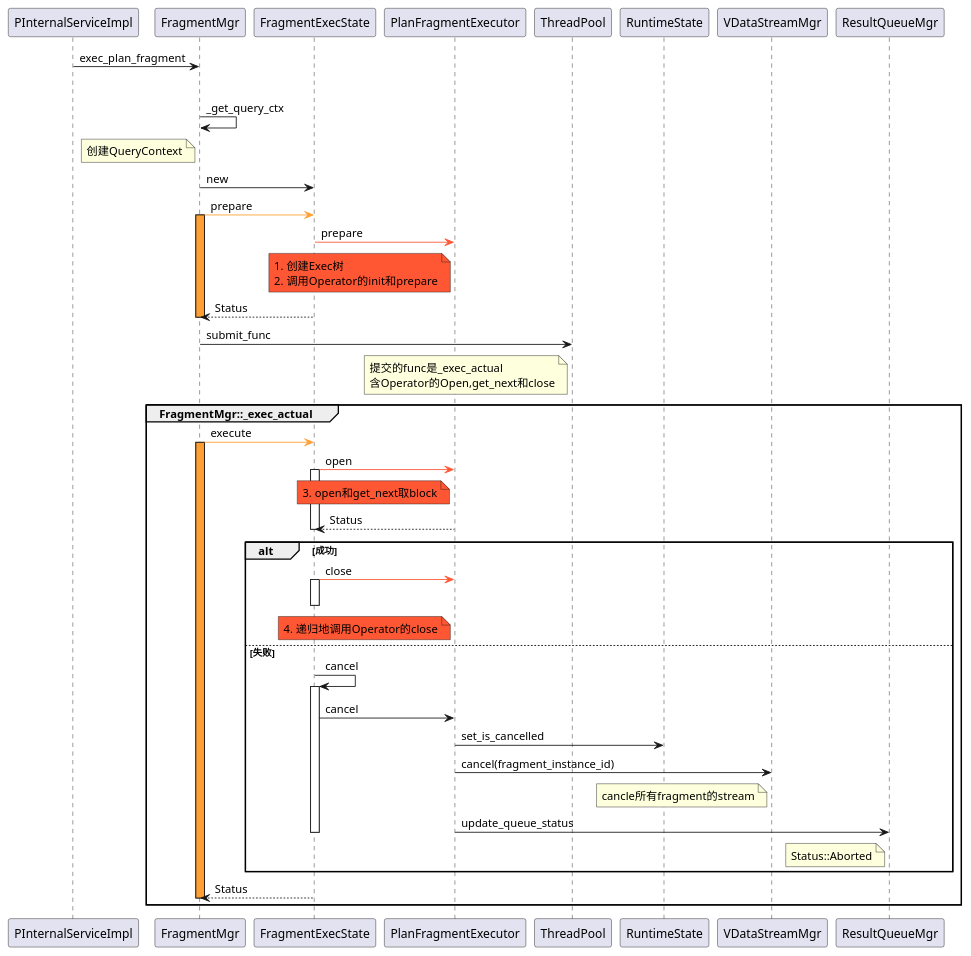
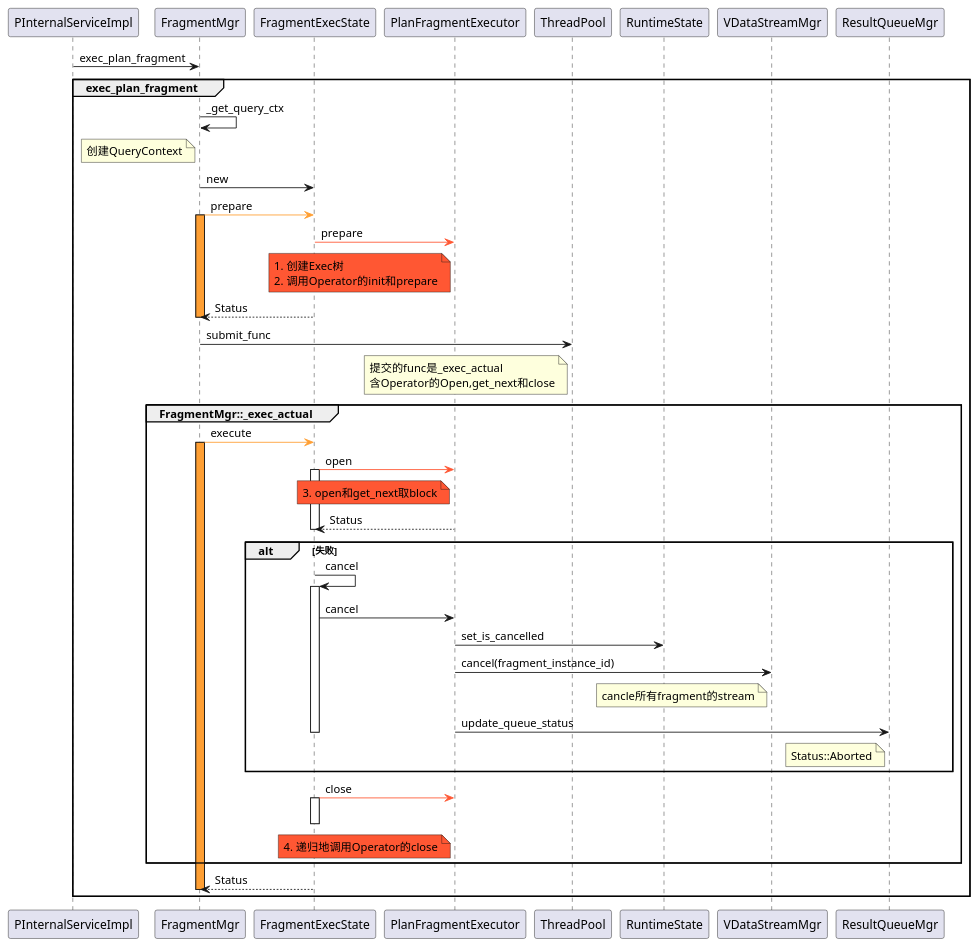
Before and after one commit to DepInjoy/geektime: the second of 6 diagrams in doc/DB/Doris/SourceRead/12_01_Exec_Volcano.md, drawn with PlantUML. The commit also changed other lines of this file, not shown here.

````diff
--- a/doc/DB/Doris/SourceRead/12_01_Exec_Volcano.md
+++ b/doc/DB/Doris/SourceRead/12_01_Exec_Volcano.md
@@ -39,49 +39,49 @@
 ```plantuml
 @startuml
 PInternalServiceImpl -> FragmentMgr:exec_plan_fragment
 group exec_plan_fragment
 FragmentMgr -> FragmentMgr:_get_query_ctx
 note left of FragmentMgr: 创建QueryContext
 
 FragmentMgr -> FragmentExecState:new
 
 FragmentMgr -[#FF9F33]> FragmentExecState:prepare
 activate FragmentMgr #FF9F33
 FragmentExecState -[#FF5733]> PlanFragmentExecutor:prepare
 note left of PlanFragmentExecutor #FF5733: 1. 创建Exec树\n2. 调用Operator的init和prepare
 FragmentExecState --> FragmentMgr : Status
 deactivate FragmentMgr
 
 
 FragmentMgr -> ThreadPool:submit_func
 note left of ThreadPool: 提交的func是_exec_actual\n含Operator的Open,get_next和close
 
     group FragmentMgr::_exec_actual
         FragmentMgr -[#FF9F33]> FragmentExecState:execute
         activate FragmentMgr #FF9F33
         FragmentExecState -[#FF5733]> PlanFragmentExecutor:open
         activate FragmentExecState
         note left of PlanFragmentExecutor #FF5733: 3. open和get_next取block
         PlanFragmentExecutor --> FragmentExecState : Status
         deactivate FragmentExecState
-        alt 成功
-            FragmentExecState -[#FF5733]> PlanFragmentExecutor:close
-            activate FragmentExecState
-            note left of PlanFragmentExecutor #FF5733 : 4. 递归地调用Operator的close
-            deactivate FragmentExecState
-        else 失败
+        alt 失败
             FragmentExecState -> FragmentExecState:cancel
             activate FragmentExecState
             FragmentExecState -> PlanFragmentExecutor:cancel
             PlanFragmentExecutor -> RuntimeState:set_is_cancelled
             PlanFragmentExecutor -> VDataStreamMgr:cancel(fragment_instance_id)
             note left of VDataStreamMgr: cancle所有fragment的stream
             PlanFragmentExecutor -> ResultQueueMgr:update_queue_status
             note left of ResultQueueMgr: Status::Aborted
             deactivate FragmentExecState
+        end
+        FragmentExecState -[#FF5733]> PlanFragmentExecutor:close
+        activate FragmentExecState
+        note left of PlanFragmentExecutor #FF5733 : 4. 递归地调用Operator的close
+        deactivate FragmentExecState
     end group
     FragmentExecState --> FragmentMgr : Status
     deactivate FragmentMgr
 end group
 @enduml
 ```
````
